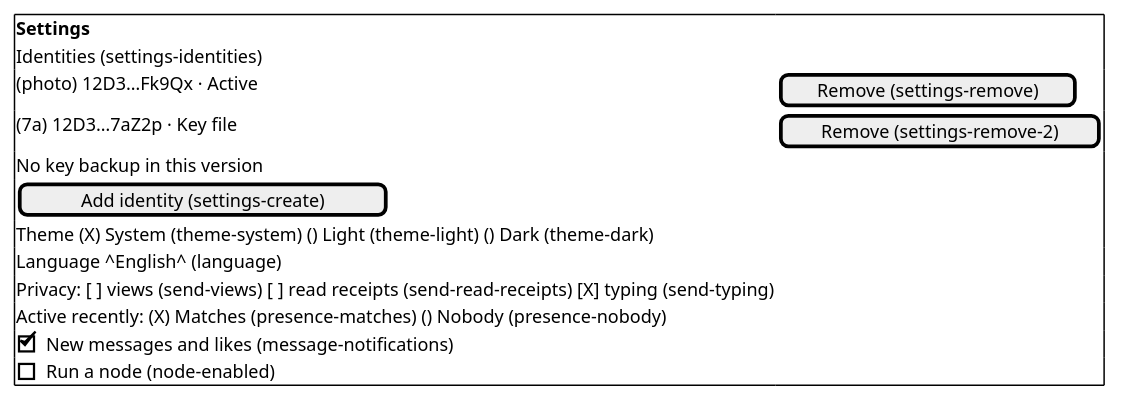
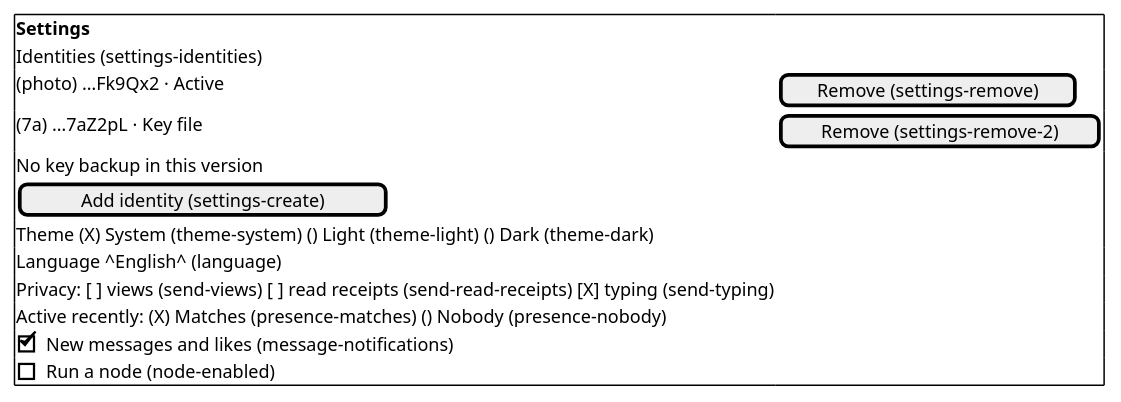
Before and after one commit to abbat/dyapp: diagram 13 of 14 in docs/design/desktop-screens.md, drawn with PlantUML. The commit also changed other lines of this file and 4 other files, not shown here.

````diff
--- a/docs/design/desktop-screens.md
+++ b/docs/design/desktop-screens.md
@@ -256,18 +259,18 @@
 ```plantuml
 @startsalt
 {+
 <b>Settings
 Identities (settings-identities)
-(photo) 12D3…Fk9Qx · Active | [Remove (settings-remove)]
-(7a) 12D3…7aZ2p · Key file | [Remove (settings-remove-2)]
+(photo) …Fk9Qx2 · Active | [Remove (settings-remove)]
+(7a) …7aZ2pL · Key file | [Remove (settings-remove-2)]
 No key backup in this version
 [Add identity (settings-create)]
 Theme (X) System (theme-system) () Light (theme-light) () Dark (theme-dark)
 Language ^English^ (language)
 Privacy: [ ] views (send-views) [ ] read receipts (send-read-receipts) [X] typing (send-typing)
 Active recently: (X) Matches (presence-matches) () Nobody (presence-nobody)
 [X] New messages and likes (message-notifications)
 [ ] Run a node (node-enabled)
 }
 @endsalt
 ```
````
